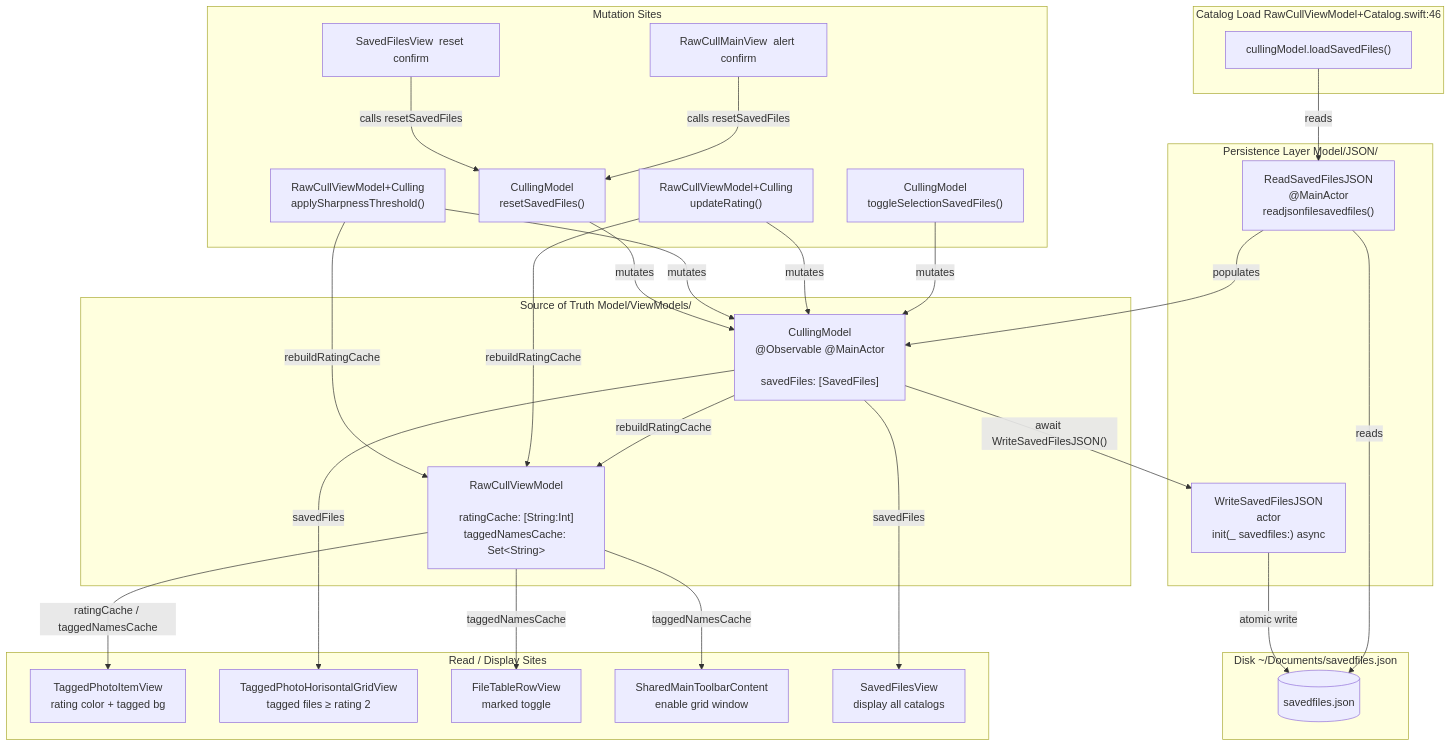
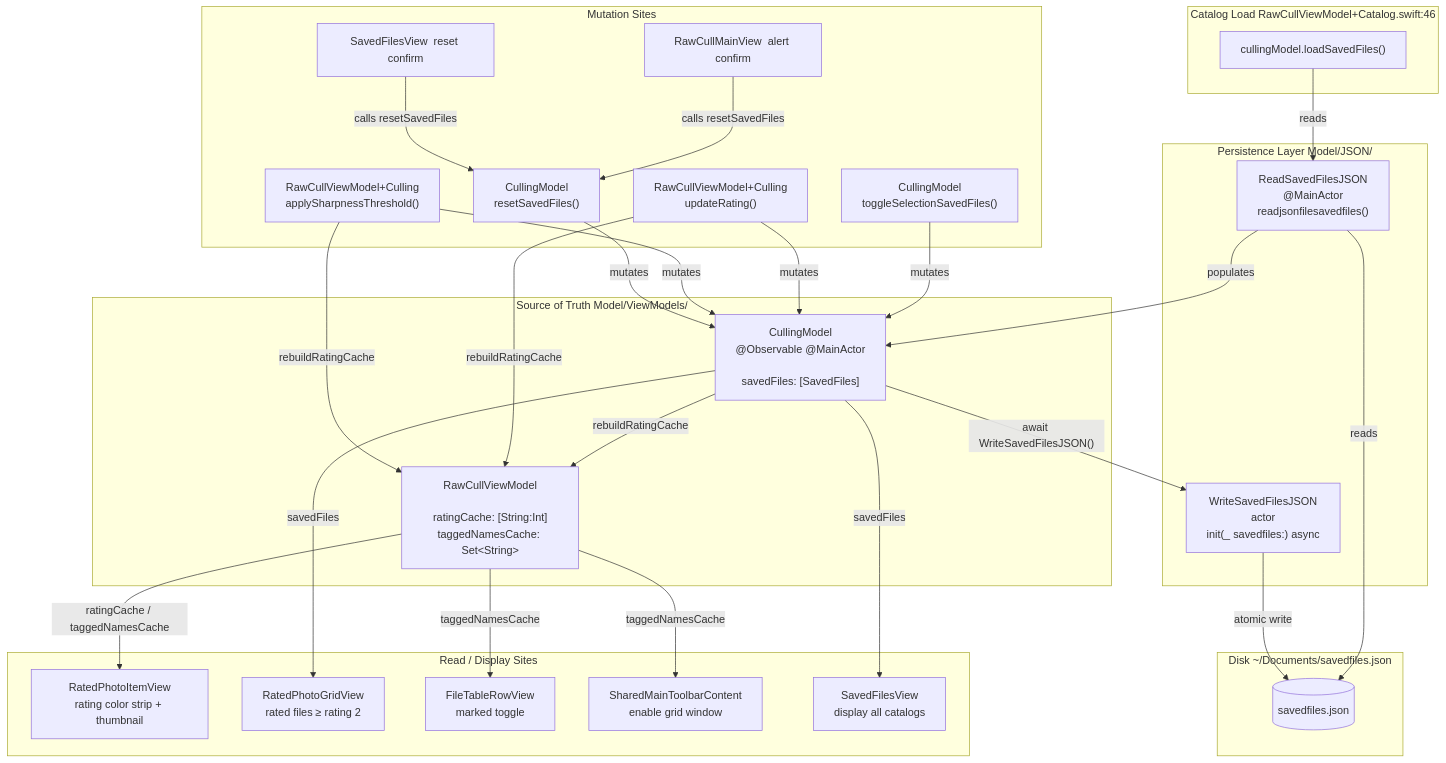
One commit to rsyncOSX/TechDocRawcull changed the diagram in content/en/docs/savedfiles.md. Above: the diagram before and after it, drawn with Mermaid. The commit also changed other lines of this file and 28 other files, not shown here.

````diff
--- a/content/en/docs/savedfiles.md
+++ b/content/en/docs/savedfiles.md
@@ -49,67 +49,67 @@
 ```mermaid
 flowchart TD
     subgraph Disk["Disk  ~/Documents/savedfiles.json"]
         JSON[(savedfiles.json)]
     end
 
     subgraph Persistence["Persistence Layer  Model/JSON/"]
         R["ReadSavedFilesJSON\n@MainActor\nreadjsonfilesavedfiles()"]
         W["WriteSavedFilesJSON\nactor\ninit(_ savedfiles:) async"]
     end
 
     subgraph StateHub["Source of Truth  Model/ViewModels/"]
         CM["CullingModel\n@Observable @MainActor\n\nsavedFiles: [SavedFiles]"]
         RC["RawCullViewModel\n\nratingCache: [String:Int]\ntaggedNamesCache: Set&lt;String&gt;"]
     end
 
     subgraph Mutations["Mutation Sites"]
         T["CullingModel\ntoggleSelectionSavedFiles()"]
         RT["RawCullViewModel+Culling\nupdateRating()"]
         AS["RawCullViewModel+Culling\napplySharpnessThreshold()"]
         RS1["CullingModel\nresetSavedFiles()"]
         RS2["RawCullMainView  alert confirm"]
         RS3["SavedFilesView  reset confirm"]
     end
 
     subgraph Load["Catalog Load  RawCullViewModel+Catalog.swift:46"]
         LD["cullingModel.loadSavedFiles()"]
     end
 
     subgraph ReadSites["Read / Display Sites"]
-        TI["TaggedPhotoItemView\nrating color + tagged bg"]
-        TG["TaggedPhotoHorisontalGridView\ntagged files ≥ rating 2"]
+        TI["RatedPhotoItemView\nrating color strip + thumbnail"]
+        TG["RatedPhotoGridView\nrated files ≥ rating 2"]
         TR["FileTableRowView\nmarked toggle"]
         TB["SharedMainToolbarContent\nenable grid window"]
         SF["SavedFilesView\ndisplay all catalogs"]
     end
 
     %% Load path
     LD -->|reads| R
     R -->|reads| JSON
     R -->|populates| CM
 
     %% Rebuild caches after load
     CM -->|rebuildRatingCache| RC
 
     %% Mutation paths — all write back to disk
     T -->|mutates| CM
     RT -->|mutates| CM
     AS -->|mutates| CM
     RS1 -->|mutates| CM
     RS2 -->|calls resetSavedFiles| RS1
     RS3 -->|calls resetSavedFiles| RS1
 
     CM -->|"await WriteSavedFilesJSON()"| W
     W -->|atomic write| JSON
 
     %% Cache rebuild on every mutation
     RT -->|rebuildRatingCache| RC
     AS -->|rebuildRatingCache| RC
 
     %% Read paths
     CM -->|savedFiles| TG
     CM -->|savedFiles| SF
     RC -->|ratingCache / taggedNamesCache| TI
     RC -->|taggedNamesCache| TR
     RC -->|taggedNamesCache| TB
 ```
````
